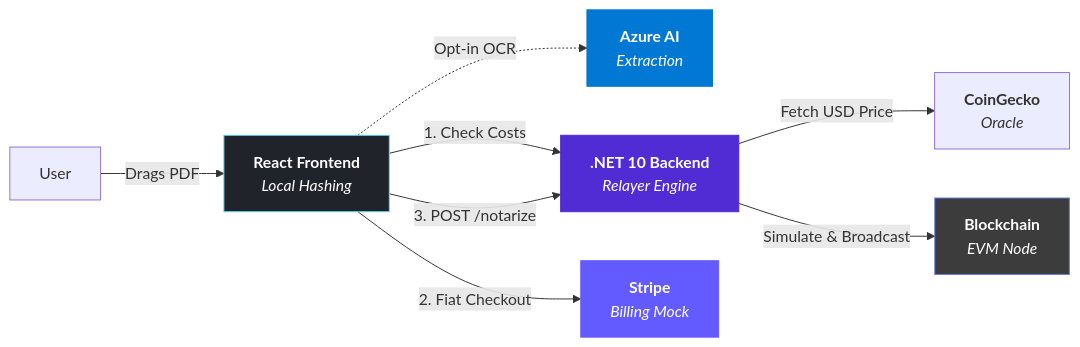
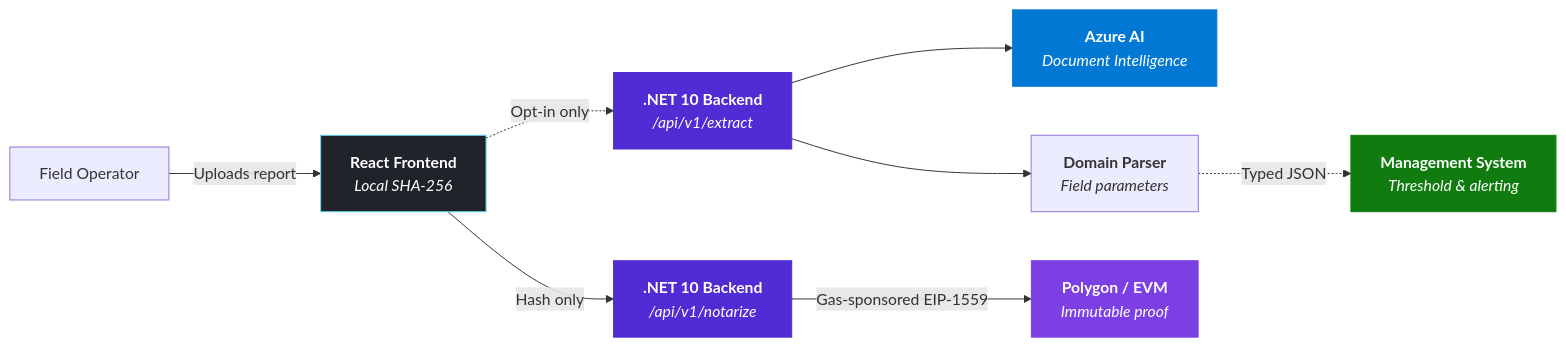
Before and after one commit to N0g4D/azure-web3-notarizer: the first of 2 diagrams in README.md, drawn with Mermaid. The commit also changed other lines of this file, not shown here.

```diff
--- a/README.md
+++ b/README.md
@@ -29,18 +77,19 @@
 ~~~mermaid
 graph LR
-    USER["User"] -->|"Drags PDF"| BROWSER["<b>React Frontend</b><br/><i>Local Hashing</i>"]
-    
-    BROWSER -.->|"Opt-in OCR"| AZURE["<b>Azure AI</b><br/><i>Extraction</i>"]
-    BROWSER -->|"1. Check Costs"| API["<b>.NET 10 Backend</b><br/><i>Relayer Engine</i>"]
-    BROWSER -->|"2. Fiat Checkout"| STRIPE["<b>Stripe</b><br/><i>Billing Mock</i>"]
-    BROWSER -->|"3. POST /notarize"| API
+    OP["Field Operator"] -->|"Uploads report"| BROWSER["<b>React Frontend</b><br/><i>Local SHA-256</i>"]
 
-    API -->|"Fetch USD Price"| ORACLE["<b>CoinGecko</b><br/><i>Oracle</i>"]
-    API -->|"Simulate & Broadcast"| ETH["<b>Blockchain</b><br/><i>EVM Node</i>"]
+    BROWSER -.->|"Opt-in only"| API2["<b>.NET 10 Backend</b><br/><i>/api/v1/extract</i>"]
+    API2 --> AZURE["<b>Azure AI</b><br/><i>Document Intelligence</i>"]
+    API2 --> PARSER["<b>Domain Parser</b><br/><i>Field parameters</i>"]
+
+    BROWSER -->|"Hash only"| API["<b>.NET 10 Backend</b><br/><i>/api/v1/notarize</i>"]
+    API -->|"Gas-sponsored EIP-1559"| CHAIN["<b>Polygon / EVM</b><br/><i>Immutable proof</i>"]
+    PARSER -.->|"Typed JSON"| ERP["<b>Management System</b><br/><i>Threshold & alerting</i>"]
 
     style BROWSER fill:#20232a,stroke:#61dafb,color:#fff
     style API fill:#512bd4,stroke:#512bd4,color:#fff
-    style ETH fill:#3C3C3D,stroke:#627EEA,color:#fff
+    style API2 fill:#512bd4,stroke:#512bd4,color:#fff
     style AZURE fill:#0078D4,stroke:#0078D4,color:#fff
-    style STRIPE fill:#635bff,stroke:#635bff,color:#fff
+    style CHAIN fill:#7B3FE4,stroke:#7B3FE4,color:#fff
+    style ERP fill:#107C10,stroke:#107C10,color:#fff
 ~~~
```
